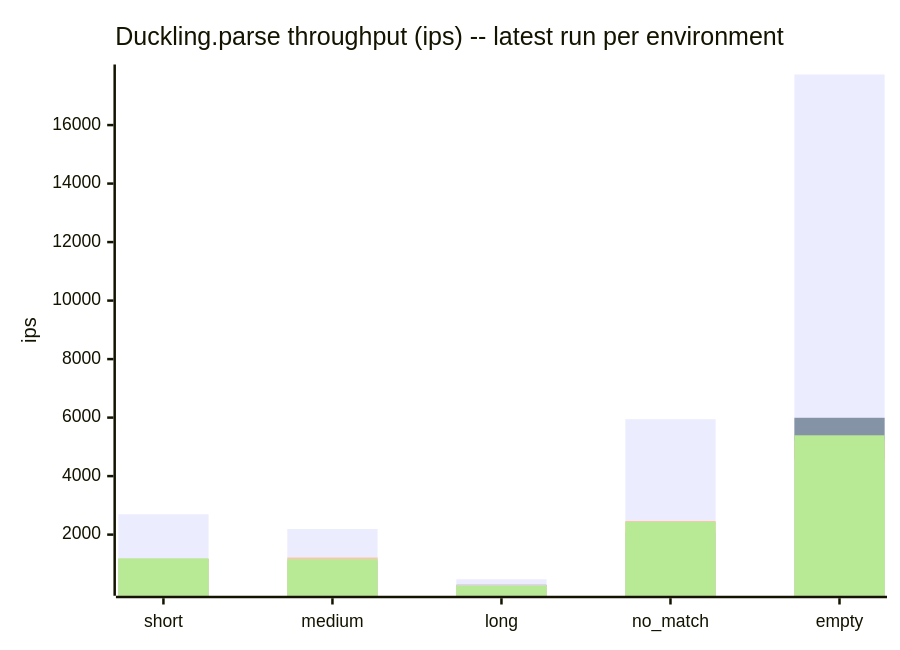
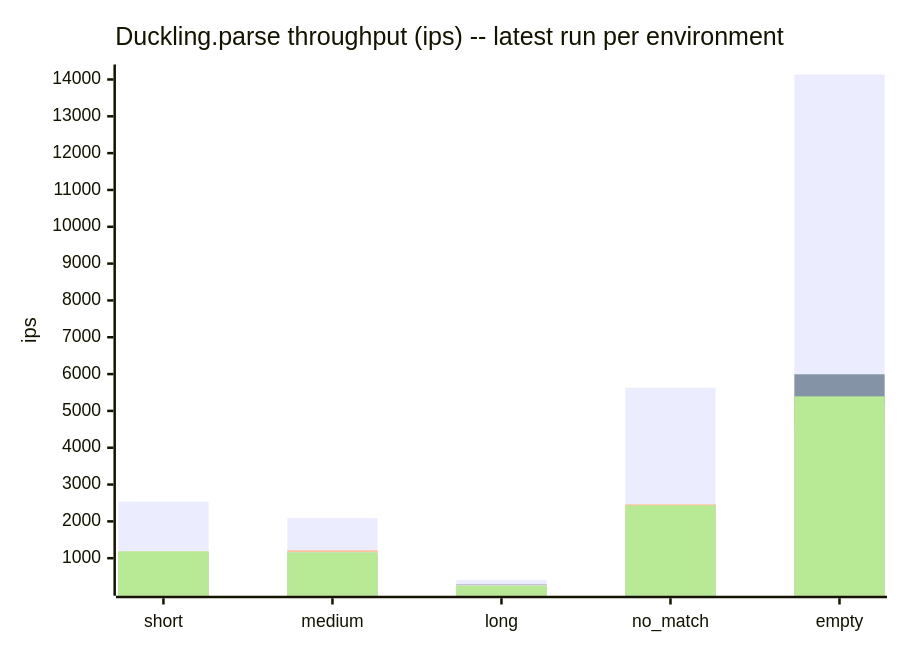
The sixth of 7 diagrams in docs/benchmarks/README.md (cpb/duckling), drawn with Mermaid before and after one commit. The commit also changed other lines of this file and 1 other file, not shown here.

Commit message:
Record github-actions benchmark results for 0.4.3

````diff
--- a/docs/benchmarks/README.md
+++ b/docs/benchmarks/README.md
@@ -211,11 +211,11 @@
 ```mermaid
 xychart-beta
     title "Duckling.parse throughput (ips) -- latest run per environment"
     x-axis [short, medium, long, no_match, empty]
     y-axis "ips"
-    bar "github-actions" [2696.3, 2193.5, 474.2, 5946.9, 17728.8]
+    bar "github-actions" [2533.2, 2086.4, 411.8, 5630.9, 14135.3]
     bar "claude-code-web" [1154.4, 1064.6, 284.8, 2058.0, 5994.3]
     bar "local-3.3" [1175.1, 1217.2, 273.9, 2464.0, 5206.5]
     bar "local-3.4" [1116.0, 1168.6, 267.9, 2056.4, 4592.3]
     bar "local-4.0" [1187.1, 1156.8, 252.0, 2435.1, 5395.4]
 ```
````
